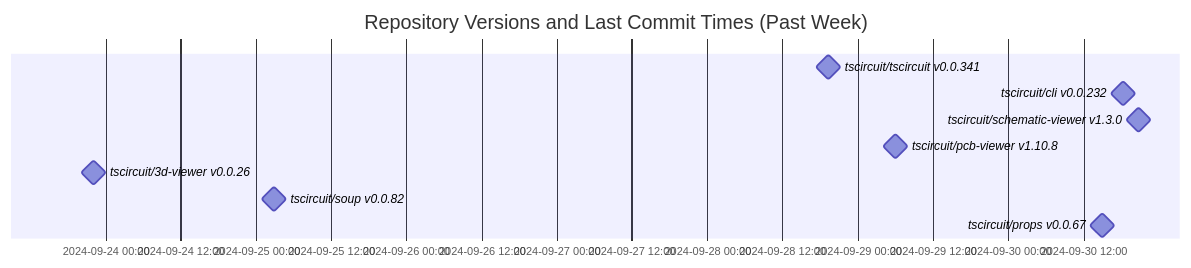
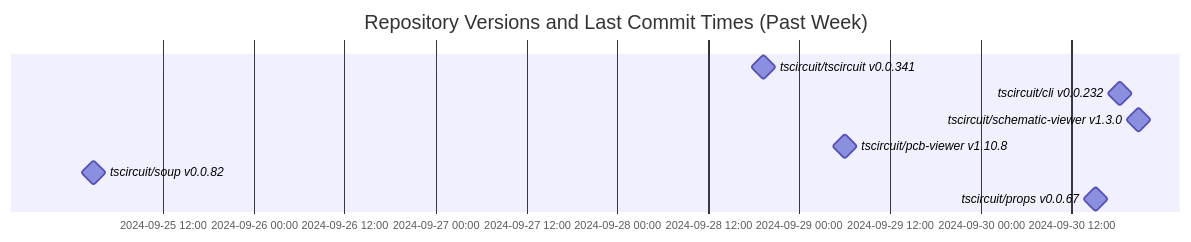
Before and after one commit to tscircuit/version-tracker: the diagram in README.md, drawn with Mermaid.

Commit message:
Update chart

````diff
--- a/README.md
+++ b/README.md
@@ -1,14 +1,13 @@
 ```mermaid
 gantt
   dateFormat  YYYY-MM-DD HH:mm:ss
   title Repository Versions and Last Commit Times (Past Week)
   axisFormat %Y-%m-%d %H:%M
 
   tscircuit/tscircuit v0.0.341 : milestone, 2024-09-28 19:18:49, 1s
   tscircuit/cli v0.0.232 : milestone, 2024-09-30 18:20:24, 1s
   tscircuit/schematic-viewer v1.3.0 : milestone, 2024-09-30 20:50:04, 1s
   tscircuit/pcb-viewer v1.10.8 : milestone, 2024-09-29 06:04:46, 1s
-  tscircuit/3d-viewer v0.0.26 : milestone, 2024-09-23 22:06:33, 1s
   tscircuit/soup v0.0.82 : milestone, 2024-09-25 02:48:20, 1s
   tscircuit/props v0.0.67 : milestone, 2024-09-30 15:06:17, 1s
 ```
````
